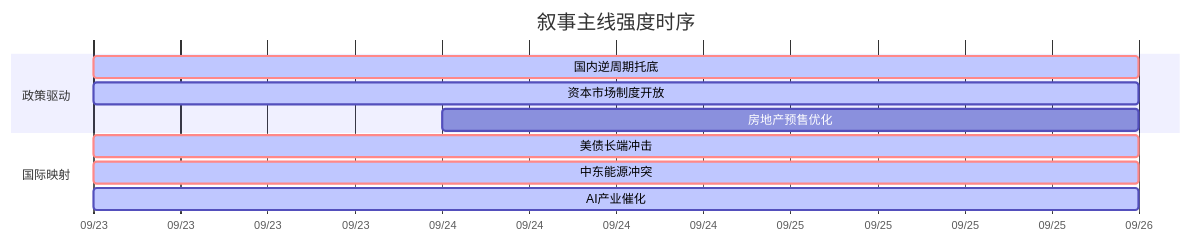
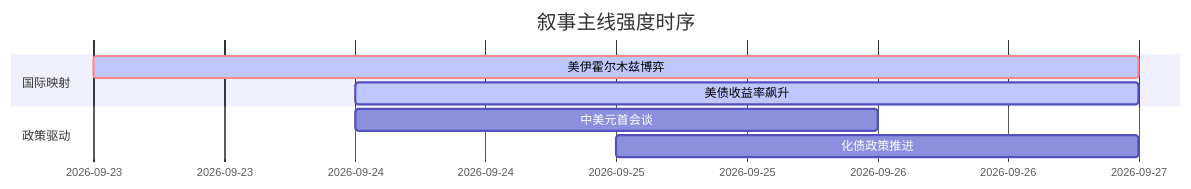
Before and after one commit to uu5zn/uu5zn.github.io: the diagram in 5day_report.md, drawn with Mermaid. The commit also changed other lines of this file and 3 other files, not shown here.

````diff
--- a/5day_report.md
+++ b/5day_report.md
@@ -54,15 +54,12 @@
 ```mermaid
 gantt
     title 叙事主线强度时序
     dateFormat  YYYY-MM-DD
-    axisFormat  %m/%d
+    section 国际映射
+    美伊霍尔木兹博弈   :crit, active, 2026-09-23, 4d
+    美债收益率飙升   :active, 2026-09-24, 3d
+    
     section 政策驱动
-    国内逆周期托底   :crit, active, 2026-09-23, 3d
-    资本市场制度开放 :active, 2026-09-23, 3d
-    房地产预售优化   :2026-09-24, 2d
-
-    section 国际映射
-    美债长端冲击     :crit, active, 2026-09-23, 3d
-    中东能源冲突     :crit, active, 2026-09-23, 3d
-    AI产业催化       :active, 2026-09-23, 3d
+    中美元首会谈   :2026-09-24, 2d
+    化债政策推进   :2026-09-25, 2d
 ```
````
